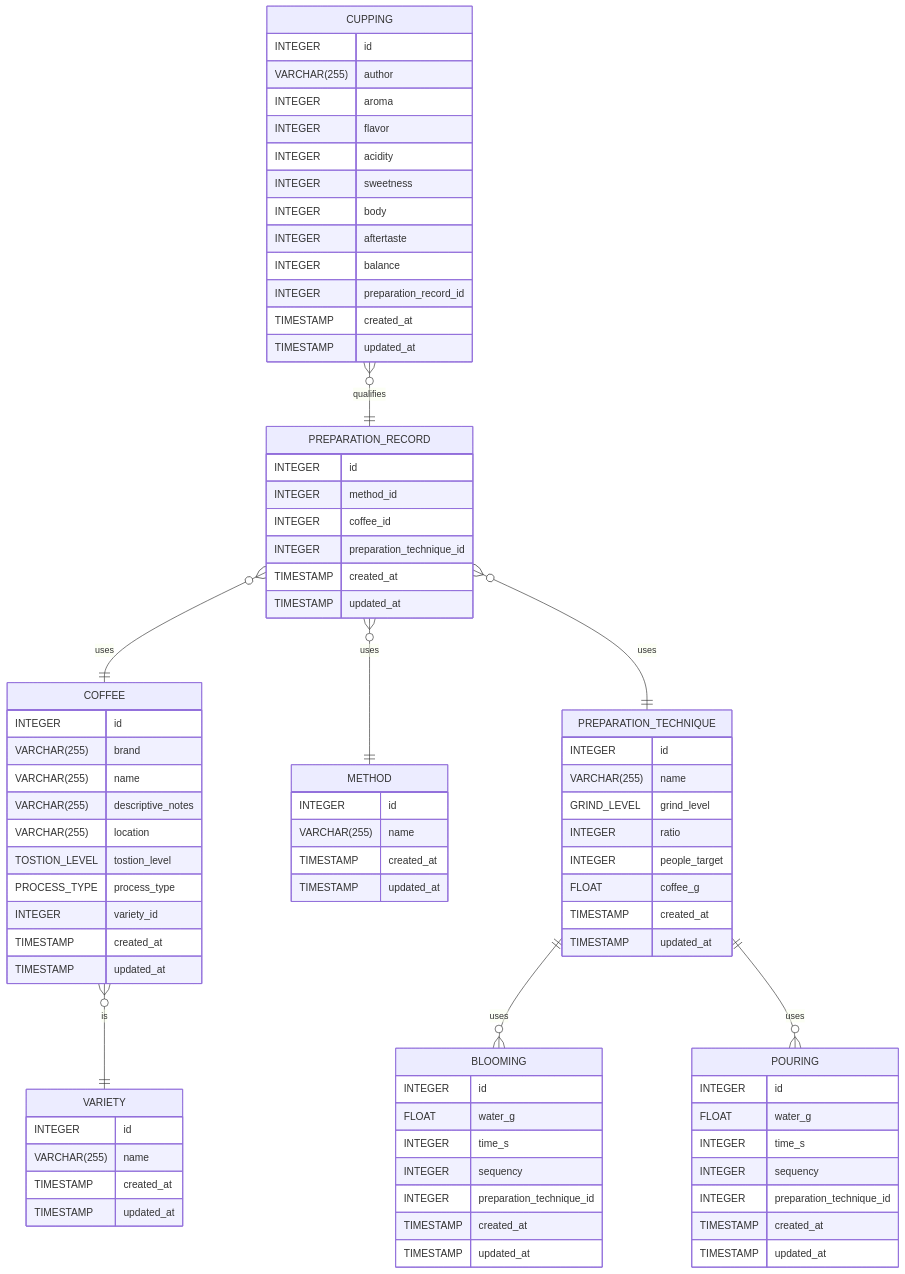
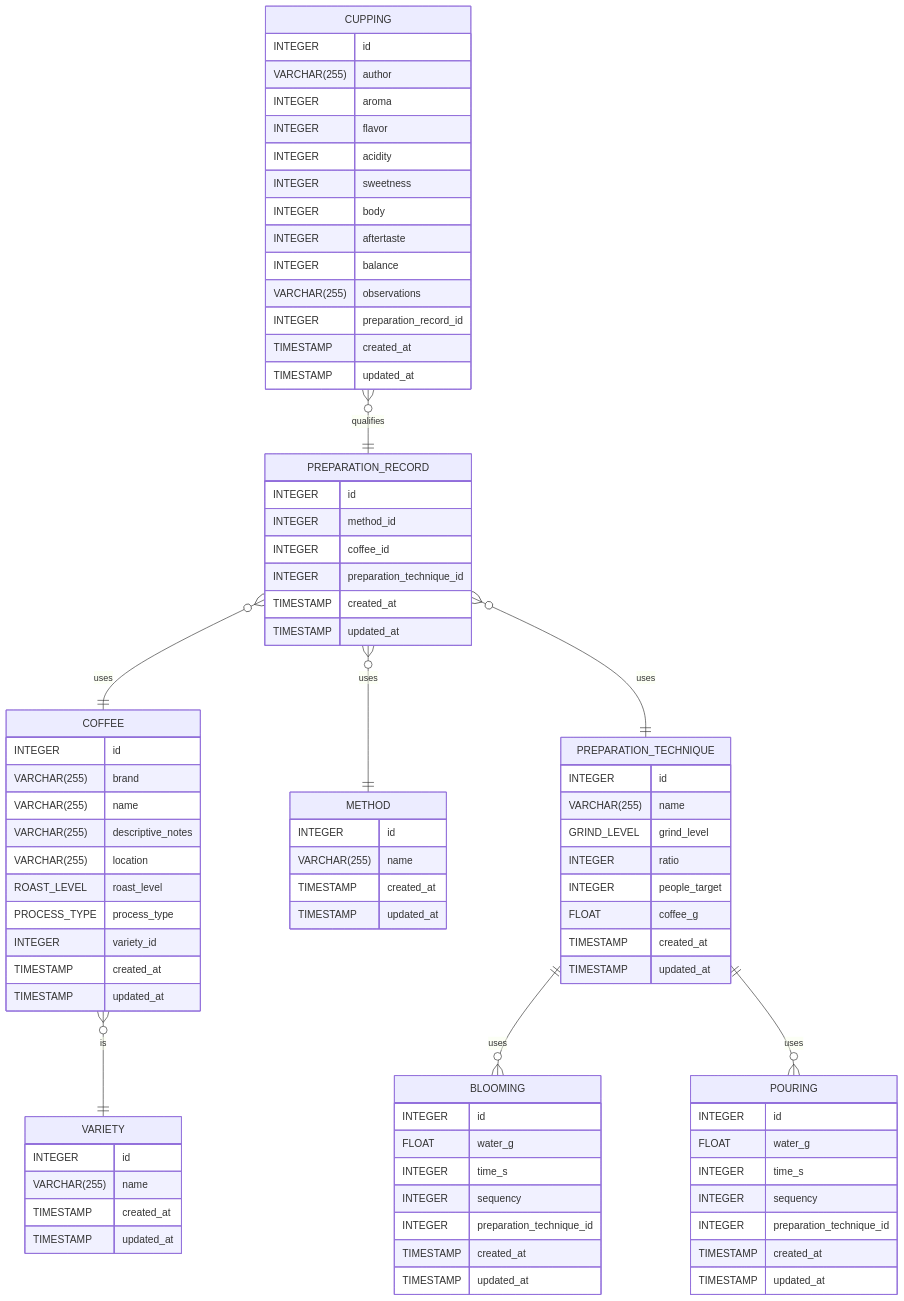
Before and after one commit to Yenterick/tuiffee: the diagram in README.md, drawn with Mermaid. The commit also changed 4 other files, not shown here.

```diff
--- a/README.md
+++ b/README.md
@@ -31,7 +31,7 @@
         VARCHAR(255) name
         VARCHAR(255) descriptive_notes
         VARCHAR(255) location
-        TOSTION_LEVEL tostion_level
+        ROAST_LEVEL roast_level
         PROCESS_TYPE process_type
         INTEGER variety_id
         TIMESTAMP created_at
@@ -83,6 +83,7 @@
         INTEGER body
         INTEGER aftertaste
         INTEGER balance
+        VARCHAR(255) observations
         INTEGER preparation_record_id
         TIMESTAMP created_at
         TIMESTAMP updated_at
```
